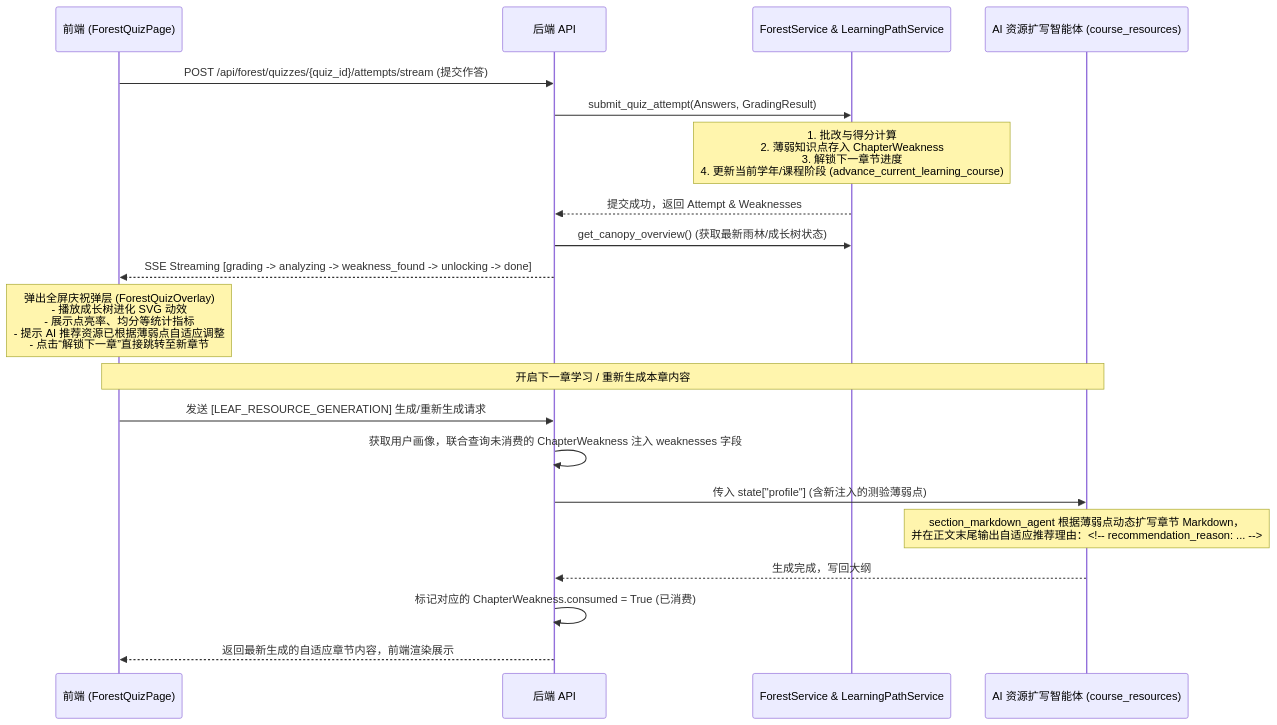
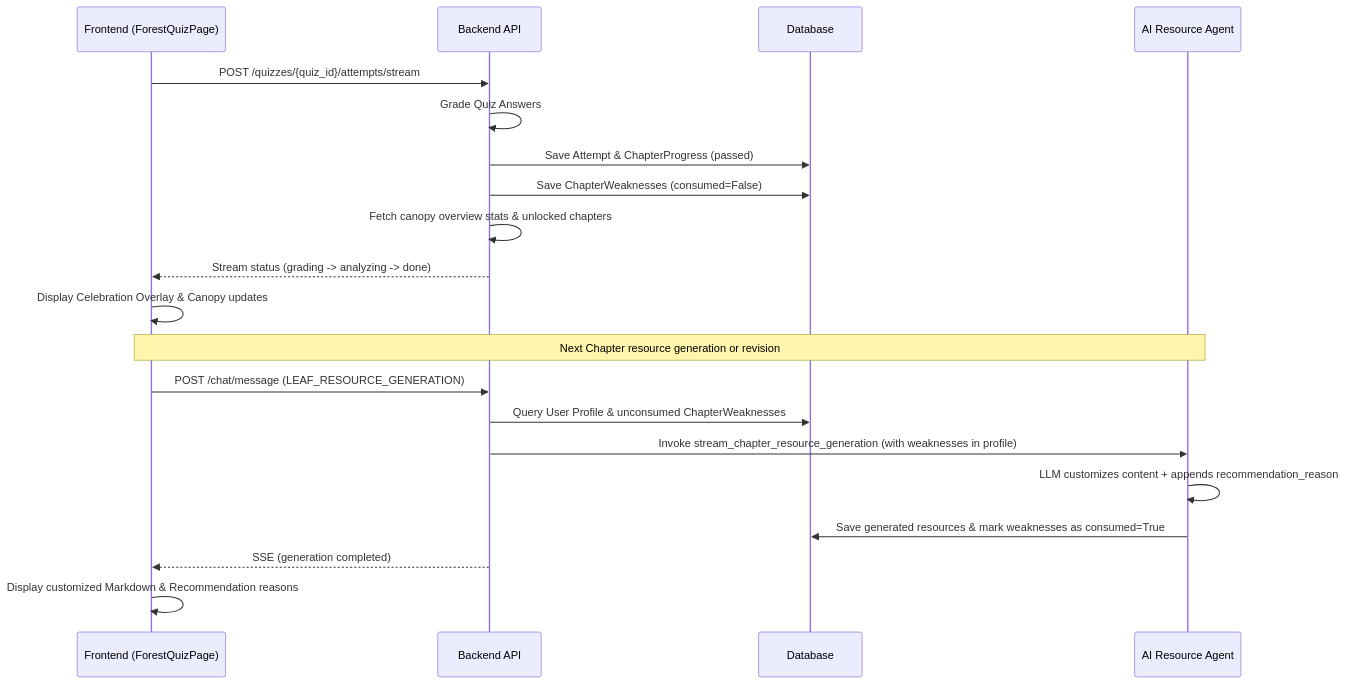
One commit to innovationpuls-creator/mutiagent changed the diagram in docs/superpowers/specs/2026-06-12-quiz-feedback-loop-design.md. Above: the diagram before and after it, drawn with Mermaid. The commit also changed other lines of this file and 1 other file, not shown here.

Commit message:
docs: add quiz feedback loop plan and spec

````diff
--- a/docs/superpowers/specs/2026-06-12-quiz-feedback-loop-design.md
+++ b/docs/superpowers/specs/2026-06-12-quiz-feedback-loop-design.md
@@ -8,24 +68,24 @@
 ```mermaid
 sequenceDiagram
-    participant FE as 前端 (ForestQuizPage)
-    participant BE as 后端 API
-    participant SVC as ForestService & LearningPathService
-    participant AGT as AI 资源扩写智能体 (course_resources)
+    participant FE as Frontend (ForestQuizPage)
+    participant BE as Backend API
+    participant DB as Database
+    participant AI as AI Resource Agent
 
-    FE->>BE: POST /api/forest/quizzes/{quiz_id}/attempts/stream (提交作答)
-    BE->>SVC: submit_quiz_attempt(Answers, GradingResult)
-    Note over SVC: 1. 批改与得分计算<br/>2. 薄弱知识点存入 ChapterWeakness<br/>3. 解锁下一章节进度<br/>4. 更新当前学年/课程阶段 (advance_current_learning_course)
-    SVC-->>BE: 提交成功，返回 Attempt & Weaknesses
-    BE->>SVC: get_canopy_overview() (获取最新雨林/成长树状态)
-    BE-->>FE: SSE Streaming [grading -> analyzing -> weakness_found -> unlocking -> done]
-    Note over FE: 弹出全屏庆祝弹层 (ForestQuizOverlay)<br/>- 播放成长树进化 SVG 动效<br/>- 展示点亮率、均分等统计指标<br/>- 提示 AI 推荐资源已根据薄弱点自适应调整<br/>- 点击“解锁下一章”直接跳转至新章节
+    FE->>BE: POST /quizzes/{quiz_id}/attempts/stream
+    BE->>BE: Grade Quiz Answers
+    BE->>DB: Save Attempt & ChapterProgress (passed)
+    BE->>DB: Save ChapterWeaknesses (consumed=False)
+    BE->>BE: Fetch canopy overview stats & unlocked chapters
+    BE-->>FE: Stream status (grading -> analyzing -> done)
+    FE->>FE: Display Celebration Overlay & Canopy updates
 
-    Note over FE, AGT: 开启下一章学习 / 重新生成本章内容
-    FE->>BE: 发送 [LEAF_RESOURCE_GENERATION] 生成/重新生成请求
-    BE->>BE: 获取用户画像，联合查询未消费的 ChapterWeakness 注入 weaknesses 字段
-    BE->>AGT: 传入 state["profile"] (含新注入的测验薄弱点)
-    Note over AGT: section_markdown_agent 根据薄弱点动态扩写章节 Markdown，<br/>并在正文末尾输出自适应推荐理由：<!-- recommendation_reason: ... -->
-    AGT-->>BE: 生成完成，写回大纲
-    BE->>BE: 标记对应的 ChapterWeakness.consumed = True (已消费)
-    BE-->>FE: 返回最新生成的自适应章节内容，前端渲染展示
+    Note over FE, AI: Next Chapter resource generation or revision
+    FE->>BE: POST /chat/message (LEAF_RESOURCE_GENERATION)
+    BE->>DB: Query User Profile & unconsumed ChapterWeaknesses
+    BE->>AI: Invoke stream_chapter_resource_generation (with weaknesses in profile)
+    AI->>AI: LLM customizes content + appends recommendation_reason
+    AI->>DB: Save generated resources & mark weaknesses as consumed=True
+    BE-->>FE: SSE (generation completed)
+    FE->>FE: Display customized Markdown & Recommendation reasons
 ```
````
